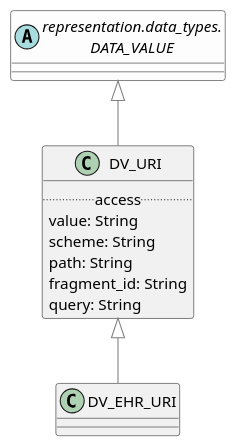
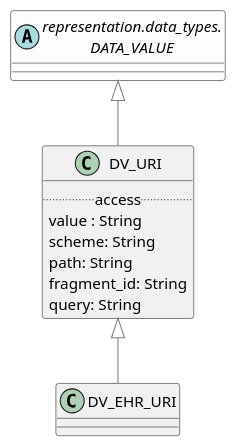
The diagram in modules/ROOT/examples/bmm/representation/data_types/uri/uri-package-uml.adoc (wolandscat/openehr-doc), drawn with PlantUML before and after one commit. The commit also changed 1814 other files, not shown here.

```diff
--- a/modules/ROOT/examples/bmm/representation/data_types/uri/uri-package-uml.adoc
+++ b/modules/ROOT/examples/bmm/representation/data_types/uri/uri-package-uml.adoc
@@ -3,27 +3,27 @@
 [plantuml,opts=interactive,link=self]
 ....
 skinparam groupInheritance 2
 skinparam citedClassColor #FDFDFD
 
 
 class DV_EHR_URI [[/openehr-doc/latest/representation/data_types-gen.html#_class_dv_ehr_uri]] {
 }
 
 DV_EHR_URI -[#gray]up-|> DV_URI  
 
 
 class DV_URI [[/openehr-doc/latest/representation/data_types-gen.html#_class_dv_uri]] {
         .. access ..
-        value: String
+        value : String
         scheme: String
         path: String
         fragment_id: String
         query: String
 }
 
 DV_URI -[#gray]up-|> DATA_VALUE  
 
 abstract class "representation.data_types.\nDATA_VALUE" as DATA_VALUE  [[/openehr-doc/latest/representation/data_types-gen.html#_class_data_value]] #FDFDFD {
 }
 
 ....
```
